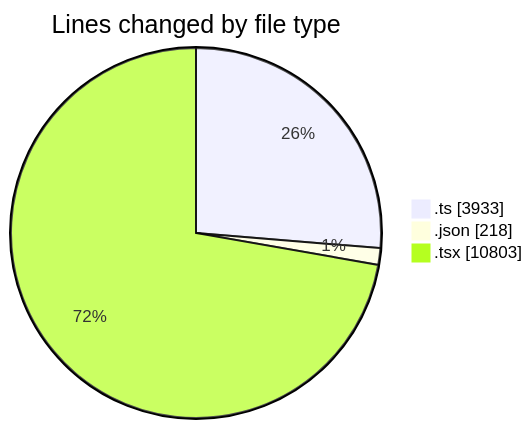
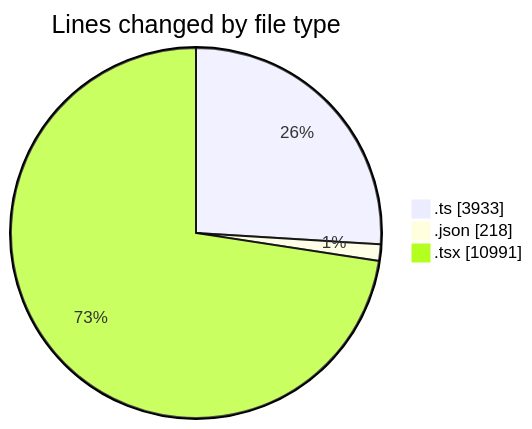
Before and after one commit to nxtqubesakshisongat/code-tracking: the first of 2 diagrams in 2026-03-16/nxtqube_webapp/README.md, drawn with Mermaid. The commit also changed other lines of this file and 1 other file, not shown here.

````diff
--- a/2026-03-16/nxtqube_webapp/README.md
+++ b/2026-03-16/nxtqube_webapp/README.md
@@ -57,7 +57,7 @@
 ```mermaid
 pie showData
 title Lines changed by file type
 ".ts" : 3933
 ".json" : 218
-".tsx" : 10803
+".tsx" : 10991
 ```
````
